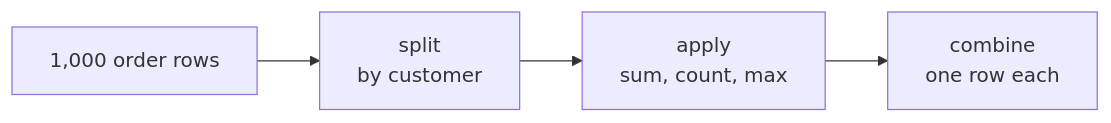
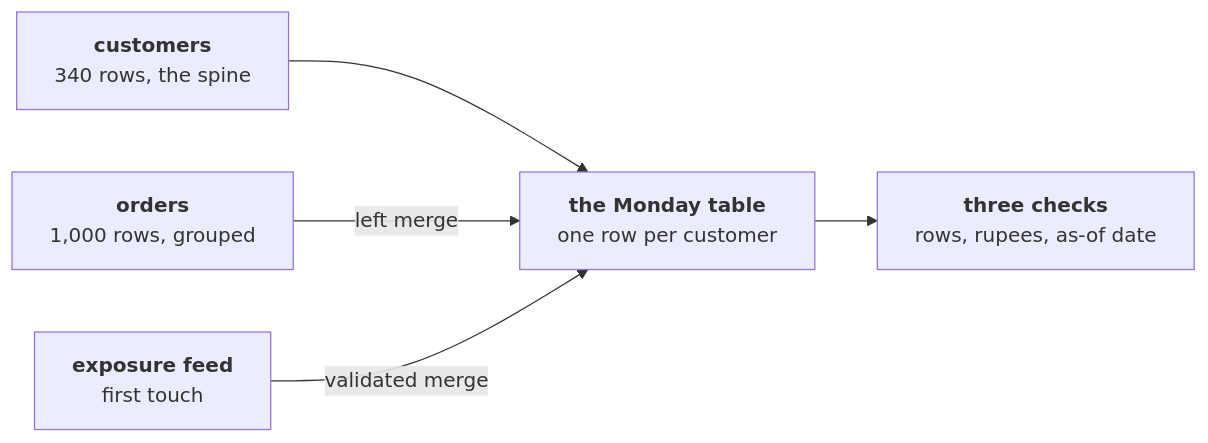
The diagram in content/W02/D4/study-notes/C2_W02_D04_notes_STUDENT.md (fde-academy-lab/c2-content-factory), drawn with Mermaid before and after one commit. The commit also changed other lines of this file and 6 other files, not shown here.

````diff
--- a/content/W02/D4/study-notes/C2_W02_D04_notes_STUDENT.md
+++ b/content/W02/D4/study-notes/C2_W02_D04_notes_STUDENT.md
@@ -29,6 +40,7 @@
 ```mermaid
 flowchart LR
-    A["1,000 order rows"] --> B["split<br/>by customer"]
-    B --> C["apply<br/>sum, count, max"]
-    C --> D["combine<br/>one row each"]
+    C["<b>customers</b><br/>340 rows, the spine"] --> T["<b>the Monday table</b><br/>one row per customer"]
+    O["<b>orders</b><br/>1,000 rows, grouped"] -->|"left merge"| T
+    E["<b>exposure feed</b><br/>first touch"] -->|"validated merge"| T
+    T --> K["<b>three checks</b><br/>rows, rupees, as-of date"]
 ```
````
